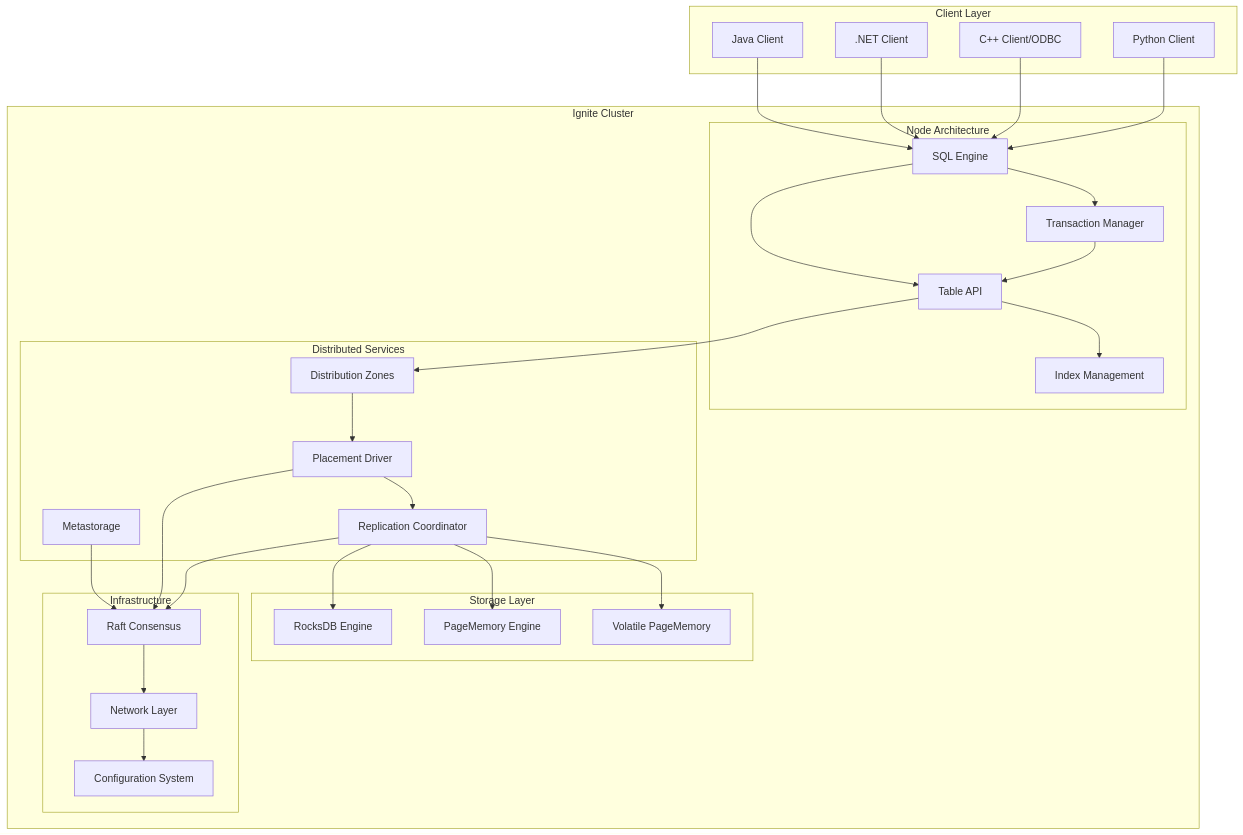
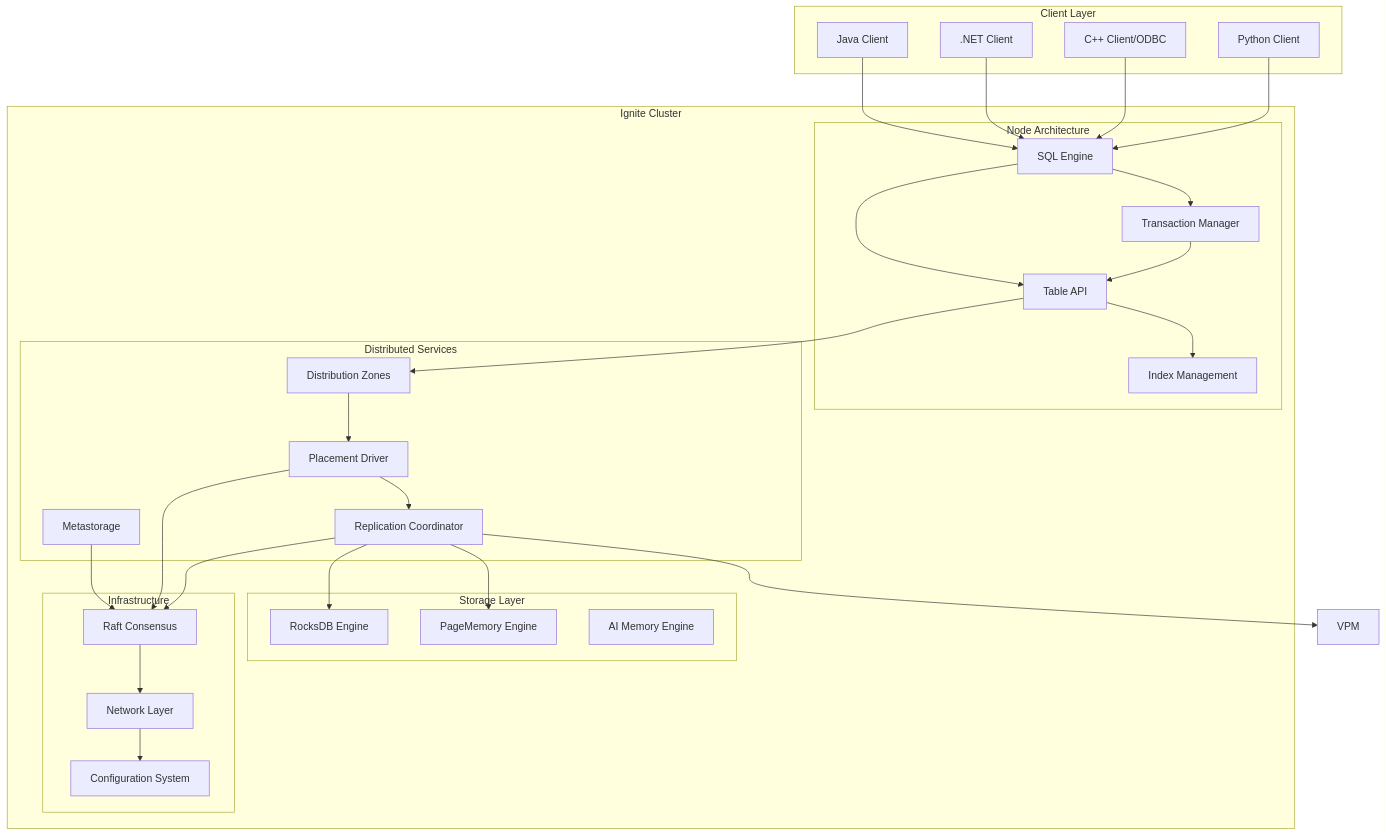
Before and after one commit to maglietti/ignite3-java-api-primer: the first of 3 diagrams in docs/00-reference/TECHNICAL_FEATURES.md, drawn with Mermaid. The commit also changed other lines of this file and 2 other files, not shown here.

````diff
--- a/docs/00-reference/TECHNICAL_FEATURES.md
+++ b/docs/00-reference/TECHNICAL_FEATURES.md
@@ -11,61 +11,61 @@
 ```mermaid
 graph TB
     subgraph "Client Layer"
         JC[Java Client]
         NC[.NET Client]
         CC[C++ Client/ODBC]
         PC[Python Client]
     end
     
     subgraph "Ignite Cluster"
         subgraph "Node Architecture"
             SQL[SQL Engine]
             TXM[Transaction Manager]
             TAB[Table API]
             IDX[Index Management]
         end
         
         subgraph "Distributed Services"
             MS[Metastorage]
             PD[Placement Driver]
             RC[Replication Coordinator]
             DZ[Distribution Zones]
         end
         
         subgraph "Storage Layer"
             RSE[RocksDB Engine]
             PME[PageMemory Engine]
-            VPM[Volatile PageMemory]
+            AME[AI Memory Engine]
         end
         
         subgraph "Infrastructure"
             RAFT[Raft Consensus]
             NET[Network Layer]
             CFG[Configuration System]
         end
     end
     
     JC --> SQL
     NC --> SQL
     CC --> SQL
     PC --> SQL
     
     SQL --> TXM
     SQL --> TAB
     TXM --> TAB
     TAB --> IDX
     TAB --> DZ
     
     DZ --> PD
     PD --> RC
     RC --> RSE
     RC --> PME
     RC --> VPM
     
     MS --> RAFT
     PD --> RAFT
     RC --> RAFT
     
     RAFT --> NET
     NET --> CFG
 ```
````
